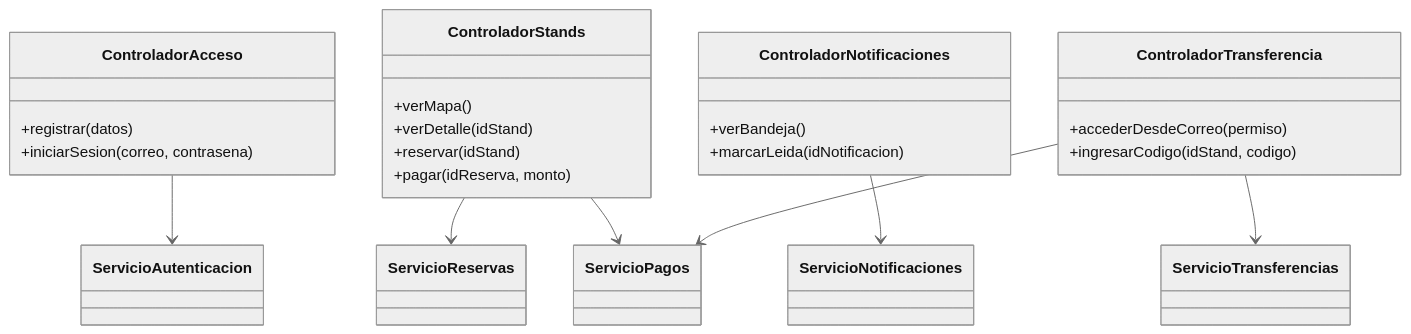
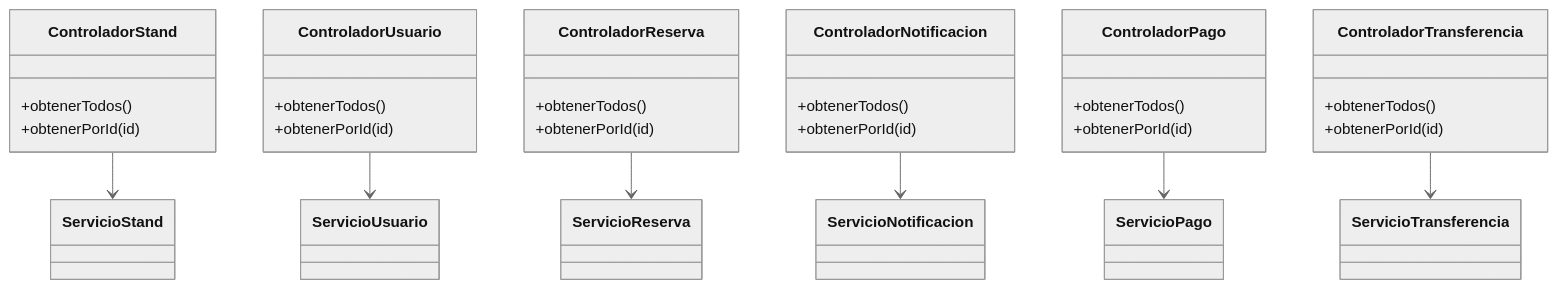
One commit to Javtamata145/StandsFiley-POO changed the fifth of 9 diagrams in Stands-Filey/DiagramaClases/DiagramaClases.md. Above: the diagram before and after it, drawn with Mermaid (neutral theme). The commit also changed other lines of this file and 64 other files, not shown here.

````diff
--- a/Stands-Filey/DiagramaClases/DiagramaClases.md
+++ b/Stands-Filey/DiagramaClases/DiagramaClases.md
@@ -231,28 +250,41 @@
 ```mermaid
 classDiagram
 direction TB
-class ControladorAcceso {
-  +registrar(datos)
-  +iniciarSesion(correo, contrasena)
+
+class ControladorStand {
+  +obtenerTodos()
+  +obtenerPorId(id)
 }
-class ControladorStands {
-  +verMapa()
-  +verDetalle(idStand)
-  +reservar(idStand)
-  +pagar(idReserva, monto)
+
+class ControladorUsuario {
+  +obtenerTodos()
+  +obtenerPorId(id)
 }
-class ControladorNotificaciones {
-  +verBandeja()
-  +marcarLeida(idNotificacion)
+
+class ControladorReserva {
+  +obtenerTodos()
+  +obtenerPorId(id)
 }
+
+class ControladorNotificacion {
+  +obtenerTodos()
+  +obtenerPorId(id)
+}
+
+class ControladorPago {
+  +obtenerTodos()
+  +obtenerPorId(id)
+}
+
 class ControladorTransferencia {
-  +accederDesdeCorreo(permiso)
-  +ingresarCodigo(idStand, codigo)
+  +obtenerTodos()
+  +obtenerPorId(id)
 }
-ControladorAcceso --> ServicioAutenticacion
-ControladorStands --> ServicioReservas
-ControladorStands --> ServicioPagos
-ControladorNotificaciones --> ServicioNotificaciones
-ControladorTransferencia --> ServicioTransferencias
-ControladorTransferencia --> ServicioPagos
+
+ControladorStand --> ServicioStand
+ControladorUsuario --> ServicioUsuario
+ControladorReserva --> ServicioReserva
+ControladorNotificacion --> ServicioNotificacion
+ControladorPago --> ServicioPago
+ControladorTransferencia --> ServicioTransferencia
 ```
````
